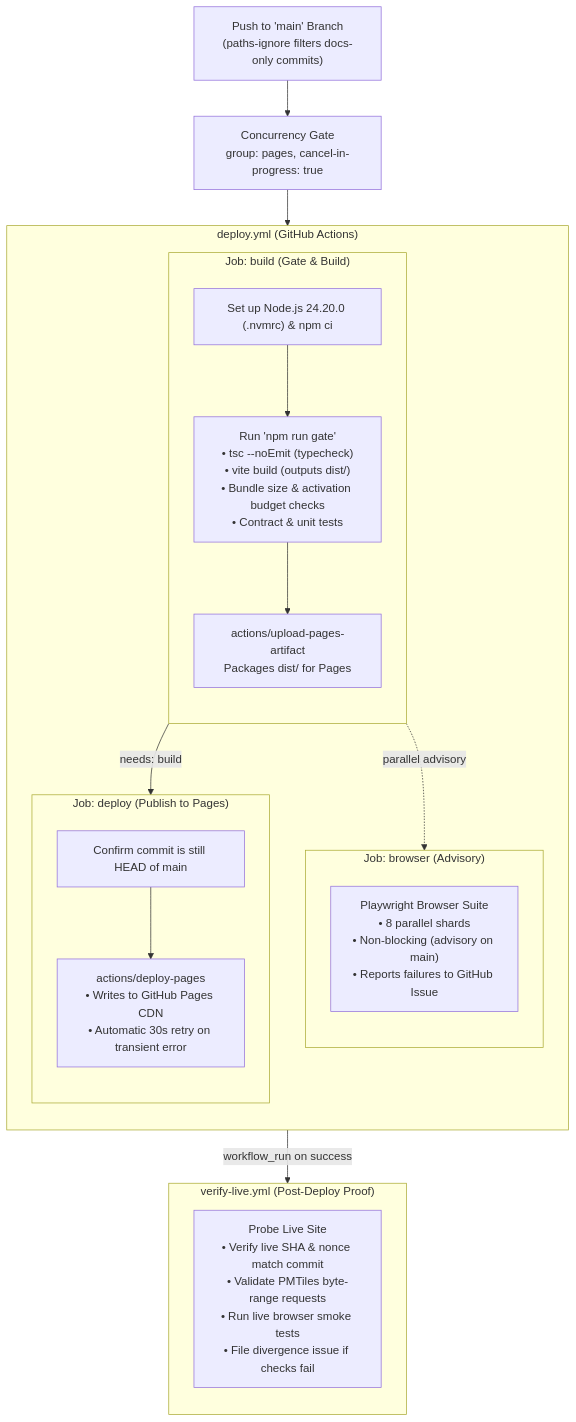
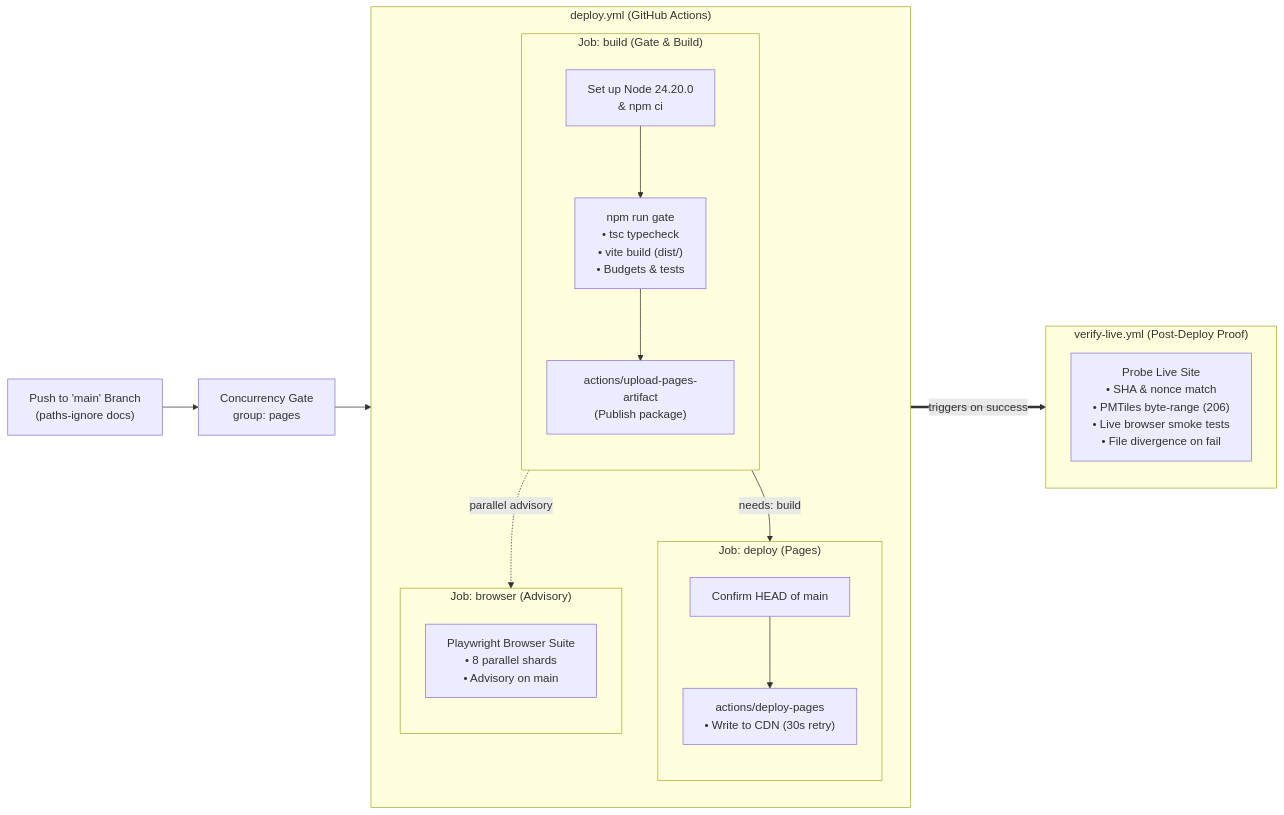
The second of 2 diagrams in EXPLAIN_NPM.qmd (atniclimate/dynamic-drought-module), drawn with Mermaid before and after one commit. The commit also changed other lines of this file and 2 other files, not shown here.

````diff
--- a/EXPLAIN_NPM.qmd
+++ b/EXPLAIN_NPM.qmd
@@ -158,38 +218,38 @@
-```mermaid
-flowchart TD
-    Push["Push to 'main' Branch<br/>(paths-ignore filters docs-only commits)"] --> Concurrency["Concurrency Gate<br/>group: pages, cancel-in-progress: true"]
+```{mermaid}
+flowchart LR
+    Push["Push to 'main' Branch<br/>(paths-ignore docs)"] --> Concurrency["Concurrency Gate<br/>group: pages"]
 
     subgraph DeployWorkflow["deploy.yml (GitHub Actions)"]
         direction TB
         subgraph BuildJob["Job: build (Gate & Build)"]
             direction TB
-            Setup["Set up Node.js 24.20.0 (.nvmrc) & npm ci"]
-            Gate["Run 'npm run gate'<br/>• tsc --noEmit (typecheck)<br/>• vite build (outputs dist/)<br/>• Bundle size & activation budget checks<br/>• Contract & unit tests"]
-            UploadArtifact["actions/upload-pages-artifact<br/>Packages dist/ for Pages"]
+            Setup["Set up Node 24.20.0<br/>& npm ci"]
+            Gate["npm run gate<br/>• tsc typecheck<br/>• vite build (dist/)<br/>• Budgets & tests"]
+            UploadArtifact["actions/upload-pages-artifact<br/>(Publish package)"]
             Setup --> Gate --> UploadArtifact
+        end
+
+        subgraph DeployJob["Job: deploy (Pages)"]
+            direction TB
+            HeadCheck["Confirm HEAD of main"]
+            DeployPages["actions/deploy-pages<br/>• Write to CDN (30s retry)"]
+            HeadCheck --> DeployPages
         end
 
         subgraph BrowserJob["Job: browser (Advisory)"]
             direction TB
-            Playwright["Playwright Browser Suite<br/>• 8 parallel shards<br/>• Non-blocking (advisory on main)<br/>• Reports failures to GitHub Issue"]
-        end
-
-        subgraph DeployJob["Job: deploy (Publish to Pages)"]
-            direction TB
-            HeadCheck["Confirm commit is still HEAD of main"]
-            DeployPages["actions/deploy-pages<br/>• Writes to GitHub Pages CDN<br/>• Automatic 30s retry on transient error"]
-            HeadCheck --> DeployPages
+            Playwright["Playwright Browser Suite<br/>• 8 parallel shards<br/>• Advisory on main"]
         end
 
         BuildJob -->|needs: build| DeployJob
         BuildJob -.->|parallel advisory| BrowserJob
     end
 
     subgraph VerifyWorkflow["verify-live.yml (Post-Deploy Proof)"]
         direction TB
-        LiveProof["Probe Live Site<br/>• Verify live SHA & nonce match commit<br/>• Validate PMTiles byte-range requests<br/>• Run live browser smoke tests<br/>• File divergence issue if checks fail"]
+        LiveProof["Probe Live Site<br/>• SHA & nonce match<br/>• PMTiles byte-range (206)<br/>• Live browser smoke tests<br/>• File divergence on fail"]
     end
 
     Concurrency --> BuildJob
-    DeployJob -->|workflow_run on success| VerifyWorkflow
+    DeployJob ==>|triggers on success| VerifyWorkflow
 ```
````
